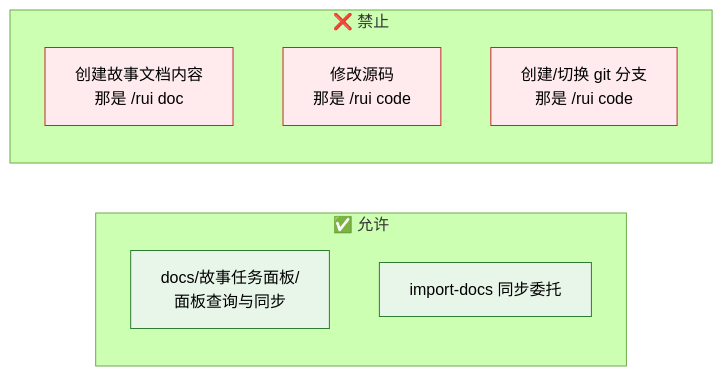
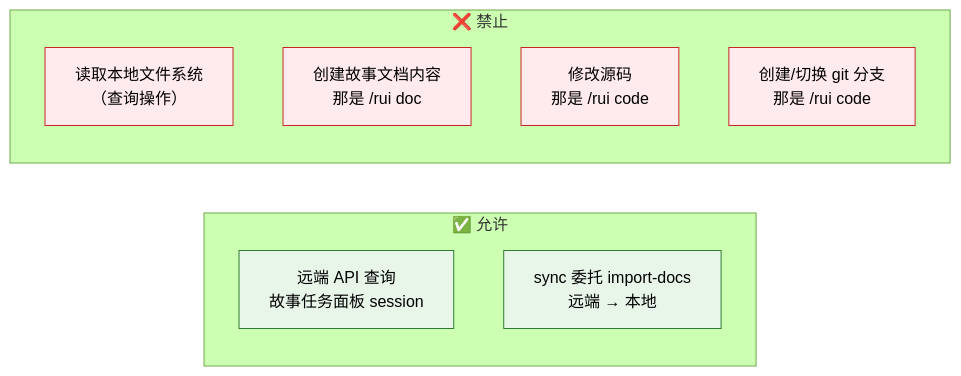
The third of 11 diagrams in skills/rui-story/SKILL.md (effiy/YrY), drawn with Mermaid (forest theme) before and after one commit. The commit also changed other lines of this file and 14 other files, not shown here.

````diff
--- a/skills/rui-story/SKILL.md
+++ b/skills/rui-story/SKILL.md
@@ -43,15 +80,16 @@
 ```mermaid
 flowchart LR
     subgraph 允许["✅ 允许"]
-        A1["docs/故事任务面板/<br/>面板查询与同步"]:::ok
-        A2["import-docs 同步委托"]:::ok
+        A1["远端 API 查询<br/>故事任务面板 session"]:::ok
+        A2["sync 委托 import-docs<br/>远端 → 本地"]:::ok
     end
     subgraph 禁止["❌ 禁止"]
-        B1["创建故事文档内容<br/>那是 /rui doc"]:::bad
-        B2["修改源码<br/>那是 /rui code"]:::bad
-        B3["创建/切换 git 分支<br/>那是 /rui code"]:::bad
+        B1["读取本地文件系统<br/>（查询操作）"]:::bad
+        B2["创建故事文档内容<br/>那是 /rui doc"]:::bad
+        B3["修改源码<br/>那是 /rui code"]:::bad
+        B4["创建/切换 git 分支<br/>那是 /rui code"]:::bad
     end
 
     classDef ok fill:#e8f5e9,stroke:#2e7d32;
     classDef bad fill:#ffebee,stroke:#c62828;
 ```
````
